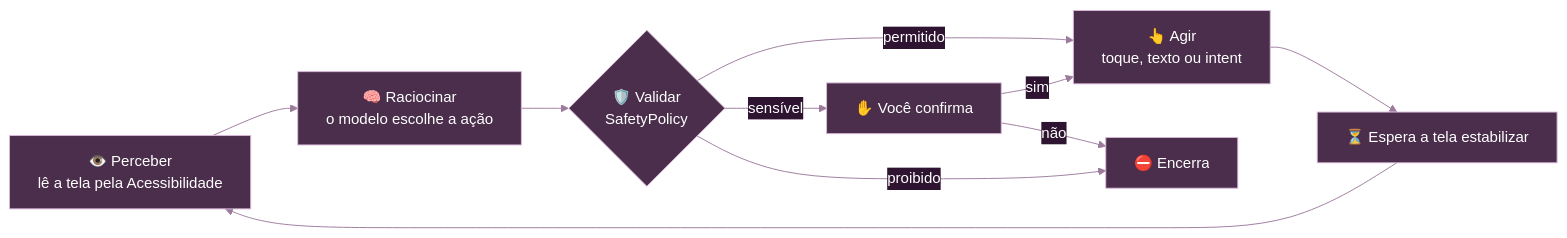
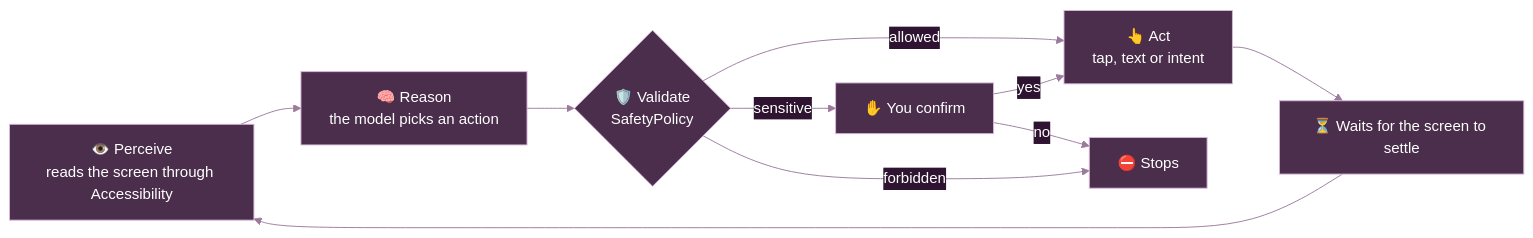
Before and after one commit to antonyguedes/melanta: the diagram in README.md, drawn with Mermaid. The commit also changed other lines of this file and 22 other files, not shown here.

````diff
--- a/README.md
+++ b/README.md
@@ -78,13 +78,13 @@
 ```mermaid
 %%{init: {"theme": "base", "themeVariables": {"primaryColor": "#4A2E4B", "primaryTextColor": "#FFFFFF", "primaryBorderColor": "#D9B8DA", "lineColor": "#9B7A9C", "secondaryColor": "#2E1430", "tertiaryColor": "#1A1A1D", "fontFamily": "Inter, Segoe UI, Roboto, sans-serif"}}}%%
 flowchart LR
-    A["👁️ Perceber<br/>lê a tela pela Acessibilidade"] --> B["🧠 Raciocinar<br/>o modelo escolhe a ação"]
-    B --> C{"🛡️ Validar<br/>SafetyPolicy"}
-    C -- permitido --> D["👆 Agir<br/>toque, texto ou intent"]
-    C -- sensível --> E["✋ Você confirma"]
-    E -- sim --> D
-    C -- proibido --> F["⛔ Encerra"]
-    E -- não --> F
-    D --> G["⏳ Espera a tela estabilizar"]
+    A["👁️ Perceive<br/>reads the screen through Accessibility"] --> B["🧠 Reason<br/>the model picks an action"]
+    B --> C{"🛡️ Validate<br/>SafetyPolicy"}
+    C -- allowed --> D["👆 Act<br/>tap, text or intent"]
+    C -- sensitive --> E["✋ You confirm"]
+    E -- yes --> D
+    C -- forbidden --> F["⛔ Stops"]
+    E -- no --> F
+    D --> G["⏳ Waits for the screen to settle"]
     G --> A
 ```
````
